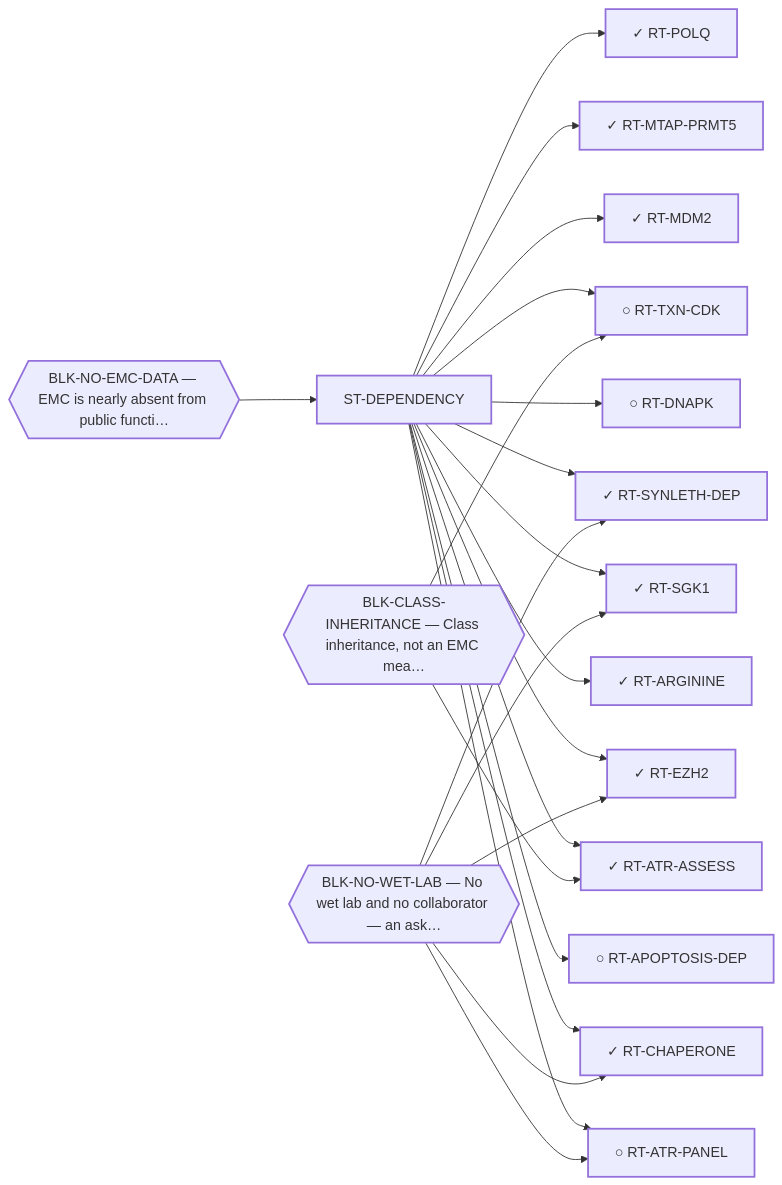
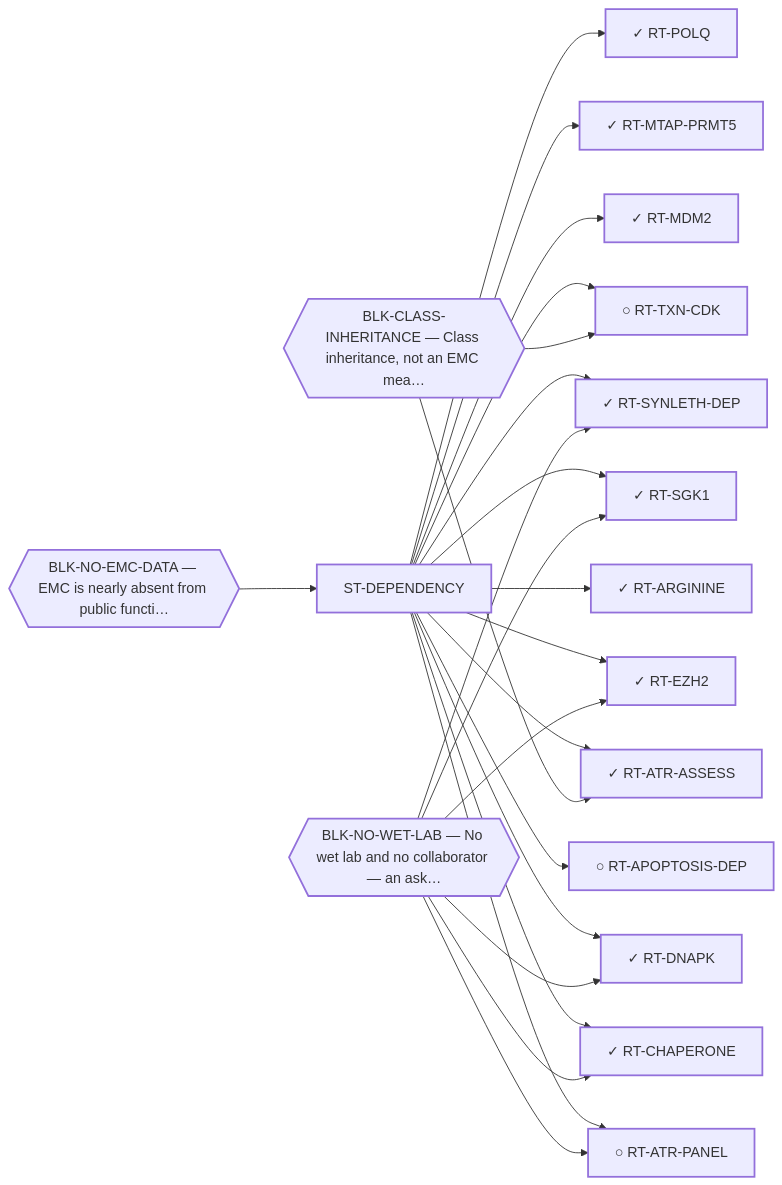
The diagram in systems/views/L1-st-dependency.md (trimcrae/Rare-cancers), drawn with Mermaid before and after one commit. The commit also changed other lines of this file and 15 other files, not shown here.

````diff
--- a/systems/views/L1-st-dependency.md
+++ b/systems/views/L1-st-dependency.md
@@ -35,46 +35,47 @@
 ```mermaid
 flowchart LR
   ST_DEPENDENCY["ST-DEPENDENCY"]:::fam
   RT_APOPTOSIS_DEP["○ RT-APOPTOSIS-DEP"]:::fam
   ST_DEPENDENCY --> RT_APOPTOSIS_DEP
   RT_ARGININE["✓ RT-ARGININE"]:::fam
   ST_DEPENDENCY --> RT_ARGININE
   RT_ATR_ASSESS["✓ RT-ATR-ASSESS"]:::fam
   ST_DEPENDENCY --> RT_ATR_ASSESS
   RT_ATR_PANEL["○ RT-ATR-PANEL"]:::fam
   ST_DEPENDENCY --> RT_ATR_PANEL
   RT_CHAPERONE["✓ RT-CHAPERONE"]:::fam
   ST_DEPENDENCY --> RT_CHAPERONE
-  RT_DNAPK["○ RT-DNAPK"]:::fam
+  RT_DNAPK["✓ RT-DNAPK"]:::fam
   ST_DEPENDENCY --> RT_DNAPK
   RT_EZH2["✓ RT-EZH2"]:::fam
   ST_DEPENDENCY --> RT_EZH2
   RT_MDM2["✓ RT-MDM2"]:::fam
   ST_DEPENDENCY --> RT_MDM2
   RT_MTAP_PRMT5["✓ RT-MTAP-PRMT5"]:::fam
   ST_DEPENDENCY --> RT_MTAP_PRMT5
   RT_POLQ["✓ RT-POLQ"]:::fam
   ST_DEPENDENCY --> RT_POLQ
   RT_SGK1["✓ RT-SGK1"]:::fam
   ST_DEPENDENCY --> RT_SGK1
   RT_SYNLETH_DEP["✓ RT-SYNLETH-DEP"]:::fam
   ST_DEPENDENCY --> RT_SYNLETH_DEP
   RT_TXN_CDK["○ RT-TXN-CDK"]:::fam
   ST_DEPENDENCY --> RT_TXN_CDK
 
   BLK_NO_EMC_DATA{{"BLK-NO-EMC-DATA — EMC is nearly absent from public functi…"}}:::blk
   BLK_NO_EMC_DATA --> ST_DEPENDENCY
   BLK_CLASS_INHERITANCE{{"BLK-CLASS-INHERITANCE — Class inheritance, not an EMC mea…"}}:::blk
   BLK_CLASS_INHERITANCE --> RT_ATR_ASSESS
   BLK_CLASS_INHERITANCE --> RT_TXN_CDK
   BLK_NO_WET_LAB{{"BLK-NO-WET-LAB — No wet lab and no collaborator — an ask…"}}:::blk
   BLK_NO_WET_LAB --> RT_ATR_PANEL
   BLK_NO_WET_LAB --> RT_CHAPERONE
+  BLK_NO_WET_LAB --> RT_DNAPK
   BLK_NO_WET_LAB --> RT_EZH2
   BLK_NO_WET_LAB --> RT_SGK1
   BLK_NO_WET_LAB --> RT_SYNLETH_DEP
   classDef fam stroke-width:2px;
   classDef blk stroke-width:2px;
   classDef perm stroke-width:4px;
   classDef tech stroke-width:1px,stroke-dasharray:4 3;
 ```
````
